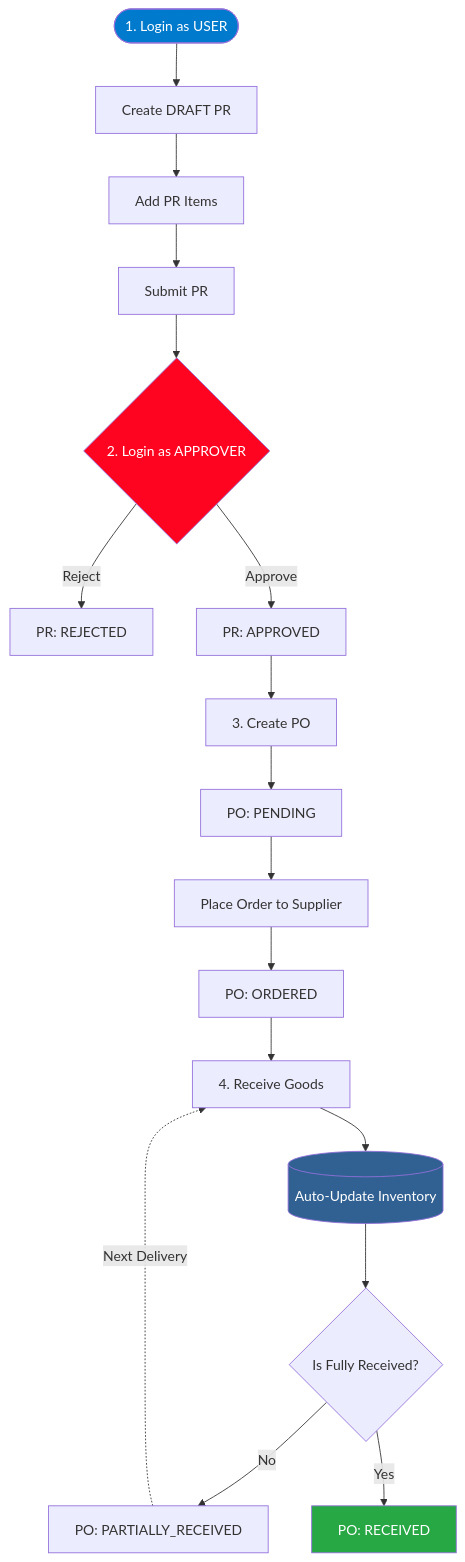
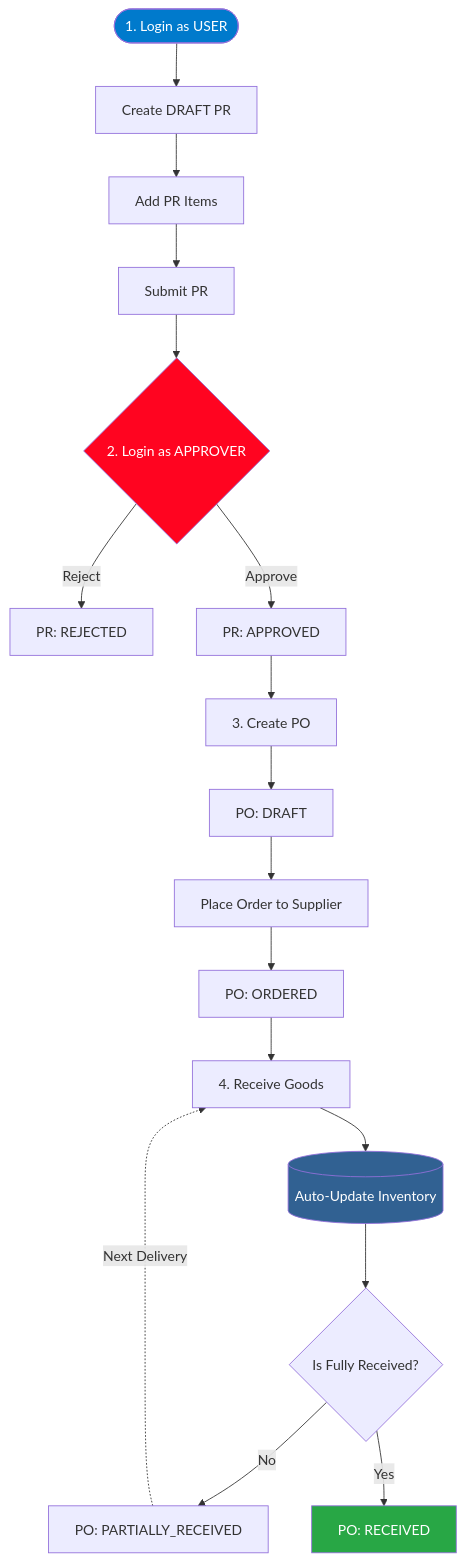
One commit to rynsh1506/backend-technical-test-muhammad-riyansyah changed the first of 2 diagrams in README.md. Above: the diagram before and after it, drawn with Mermaid. The commit also changed other lines of this file and 1 other file, not shown here.

Commit message:
docs: rename swagger ui to scalar ui, fix ERD PO status to DRAFT, and add Assumptions section

````diff
--- a/README.md
+++ b/README.md
@@ -54,24 +54,24 @@
 ```mermaid
 flowchart TD
     A([1. Login as USER]) --> B[Create DRAFT PR]
     B --> B1[Add PR Items]
     B1 --> B2[Submit PR]
     B2 --> C{2. Login as APPROVER}
     C -->|Reject| D[PR: REJECTED]
     C -->|Approve| E[PR: APPROVED]
     E --> F1[3. Create PO]
-    F1 --> F2[PO: PENDING]
+    F1 --> F2[PO: DRAFT]
     F2 --> F3[Place Order to Supplier]
     F3 --> F4[PO: ORDERED]
     F4 --> G[4. Receive Goods]
     G --> H[(Auto-Update Inventory)]
     H --> I{Is Fully Received?}
     I -->|No| J[PO: PARTIALLY_RECEIVED]
     J -.->|Next Delivery| G
     I -->|Yes| K[PO: RECEIVED]
 
     style A fill:#007ACC,color:#fff
     style C fill:#FF0420,color:#fff
     style H fill:#316192,color:#fff
     style K fill:#28a745,color:#fff
 ```
````
